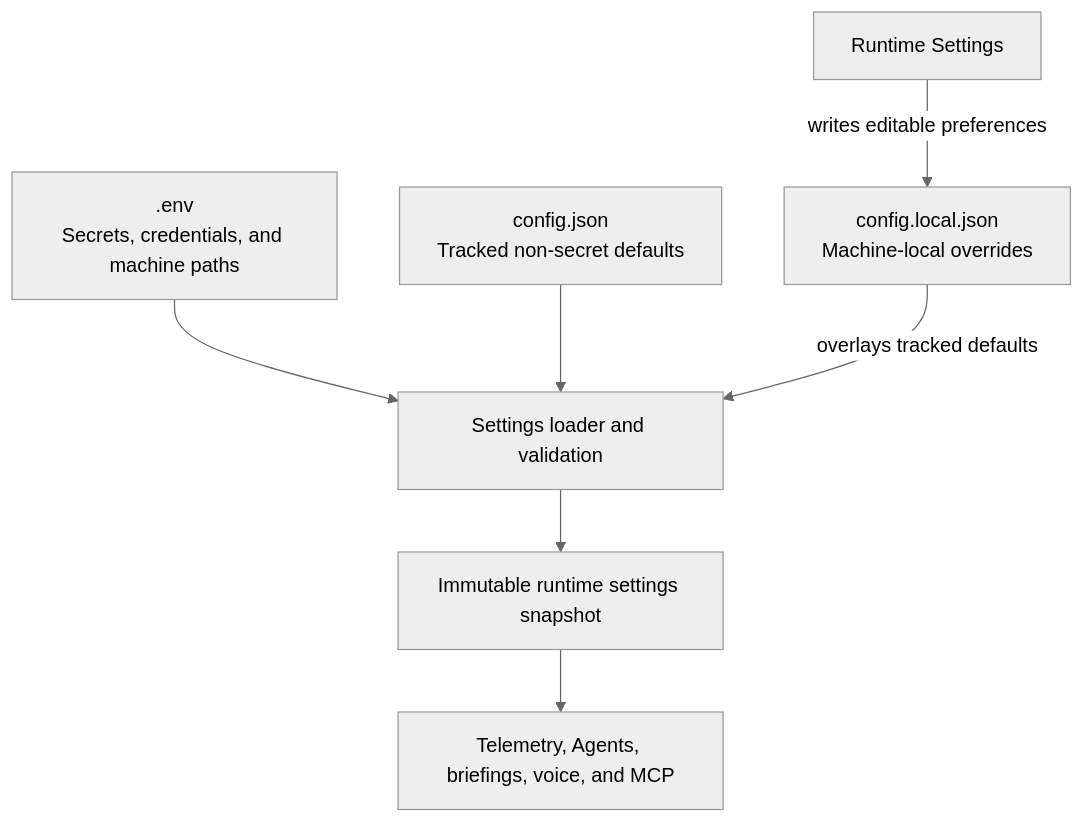
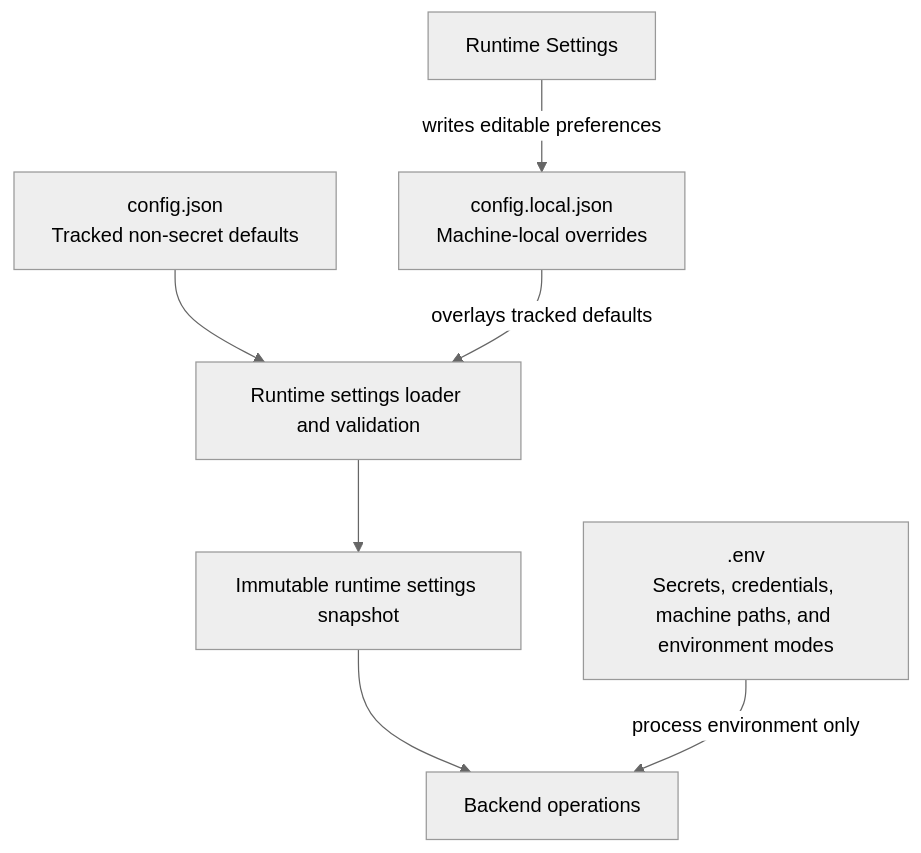
The diagram in docs/configuration.md (edumarcano/APEX), drawn with Mermaid (neutral theme) before and after one commit. The commit also changed 5 other files, not shown here.

````diff
--- a/docs/configuration.md
+++ b/docs/configuration.md
@@ -14,20 +14,19 @@
 ```mermaid
 flowchart TD
-    ENV[".env<br/>Secrets, credentials, and machine paths"]
+    ENV[".env<br/>Secrets, credentials, machine paths, and environment modes"]
     DEFAULTS["config.json<br/>Tracked non-secret defaults"]
     LOCAL["config.local.json<br/>Machine-local overrides"]
     HUD["Runtime Settings"]
-    LOADER["Settings loader and validation"]
+    LOADER["Runtime settings loader and validation"]
     SNAPSHOT["Immutable runtime settings snapshot"]
-    OPERATIONS["Telemetry, Agents, briefings, voice, and MCP"]
+    OPERATIONS["Backend operations"]
 
     HUD -->|"writes editable preferences"| LOCAL
 
-    ENV --> LOADER
     DEFAULTS --> LOADER
     LOCAL -->|"overlays tracked defaults"| LOADER
-
     LOADER --> SNAPSHOT
     SNAPSHOT --> OPERATIONS
-    
+
+    ENV -->|"process environment only"| OPERATIONS
 ```
````
